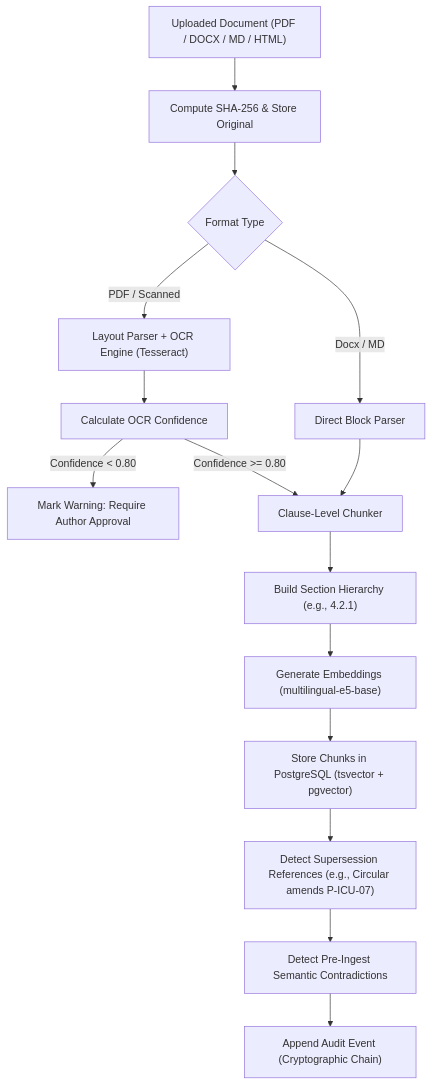
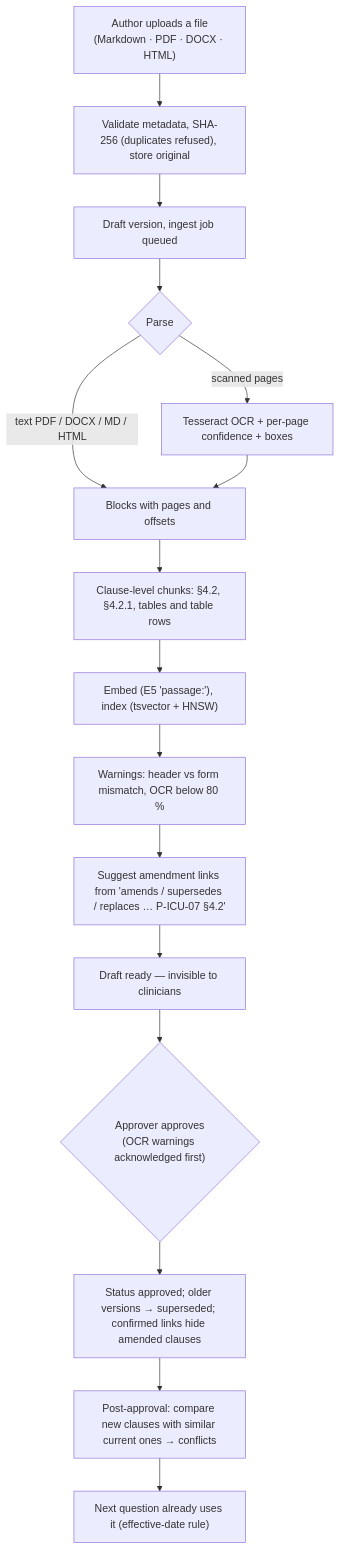
The third of 4 diagrams in docs/architecture.md (kalviumcommunity/S72_2627_RAG_Lumina), drawn with Mermaid before and after one commit. The commit also changed other lines of this file and 132 other files, not shown here.

````diff
--- a/docs/architecture.md
+++ b/docs/architecture.md
@@ -54,17 +152,18 @@
 ```mermaid
 flowchart TD
-    A["Uploaded Document (PDF / DOCX / MD / HTML)"] --> B["Compute SHA-256 & Store Original"]
-    B --> C{"Format Type"}
-    C -->|PDF / Scanned| D["Layout Parser + OCR Engine (Tesseract)"]
-    C -->|Docx / MD| E["Direct Block Parser"]
-    D --> F["Calculate OCR Confidence"]
-    F -->|Confidence < 0.80| G["Mark Warning: Require Author Approval"]
-    F -->|Confidence >= 0.80| H["Clause-Level Chunker"]
-    E --> H
-    H --> I["Build Section Hierarchy (e.g., 4.2.1)"]
-    I --> J["Generate Embeddings (multilingual-e5-base)"]
-    J --> K["Store Chunks in PostgreSQL (tsvector + pgvector)"]
-    K --> L["Detect Supersession References (e.g., Circular amends P-ICU-07)"]
-    L --> M["Detect Pre-Ingest Semantic Contradictions"]
-    M --> N["Append Audit Event (Cryptographic Chain)"]
+    A["Author uploads a file<br/>(Markdown · PDF · DOCX · HTML)"] --> B["Validate metadata, SHA-256 (duplicates refused), store original"]
+    B --> C["Draft version, ingest job queued"]
+    C --> D{"Parse"}
+    D -->|text PDF / DOCX / MD / HTML| E["Blocks with pages and offsets"]
+    D -->|scanned pages| F["Tesseract OCR + per-page confidence + boxes"]
+    F --> E
+    E --> G["Clause-level chunks: §4.2, §4.2.1, tables and table rows"]
+    G --> H["Embed (E5 'passage:'), index (tsvector + HNSW)"]
+    H --> I["Warnings: header vs form mismatch, OCR below 80 %"]
+    I --> J["Suggest amendment links from 'amends / supersedes / replaces … P-ICU-07 §4.2'"]
+    J --> K["Draft ready — invisible to clinicians"]
+    K --> L{"Approver approves<br/>(OCR warnings acknowledged first)"}
+    L --> M["Status approved; older versions → superseded; confirmed links hide amended clauses"]
+    M --> N["Post-approval: compare new clauses with similar current ones → conflicts"]
+    N --> O["Next question already uses it (effective-date rule)"]
 ```
````
